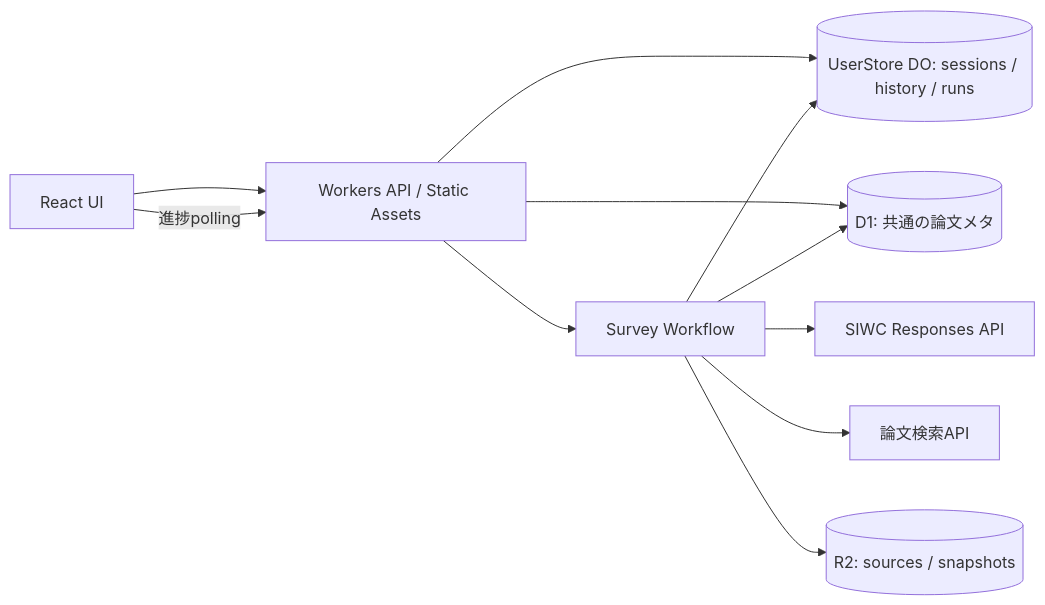
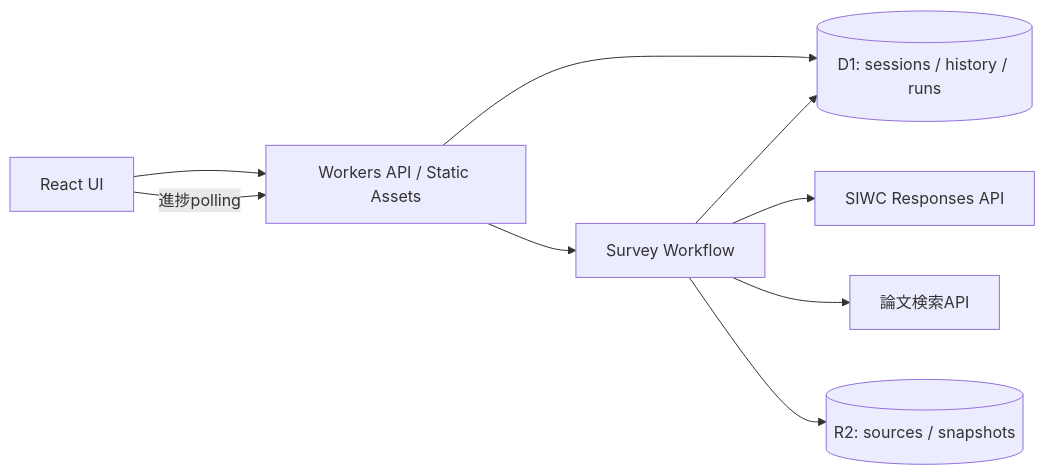
The diagram in docs/design/0001-mvp.md (bishopfunc/research_survey_agent_siwc), drawn with Mermaid before and after one commit. The commit also changed other lines of this file and 23 other files, not shown here.

````diff
--- a/docs/design/0001-mvp.md
+++ b/docs/design/0001-mvp.md
@@ -43,13 +43,11 @@
 ```mermaid
 flowchart LR
   Browser[React UI] --> Worker[Workers API / Static Assets]
-  Worker --> User[(UserStore DO: sessions / history / runs)]
-  Worker --> Papers[(D1: 共通の論文メタ)]
+  Worker --> D1[(D1: sessions / history / runs)]
   Worker --> Workflow[Survey Workflow]
   Workflow --> Model[SIWC Responses API]
   Workflow --> Search[論文検索API]
-  Workflow --> User
-  Workflow --> Papers
+  Workflow --> D1
   Workflow --> R2[(R2: sources / snapshots)]
   Browser -->|進捗polling| Worker
 ```
````
